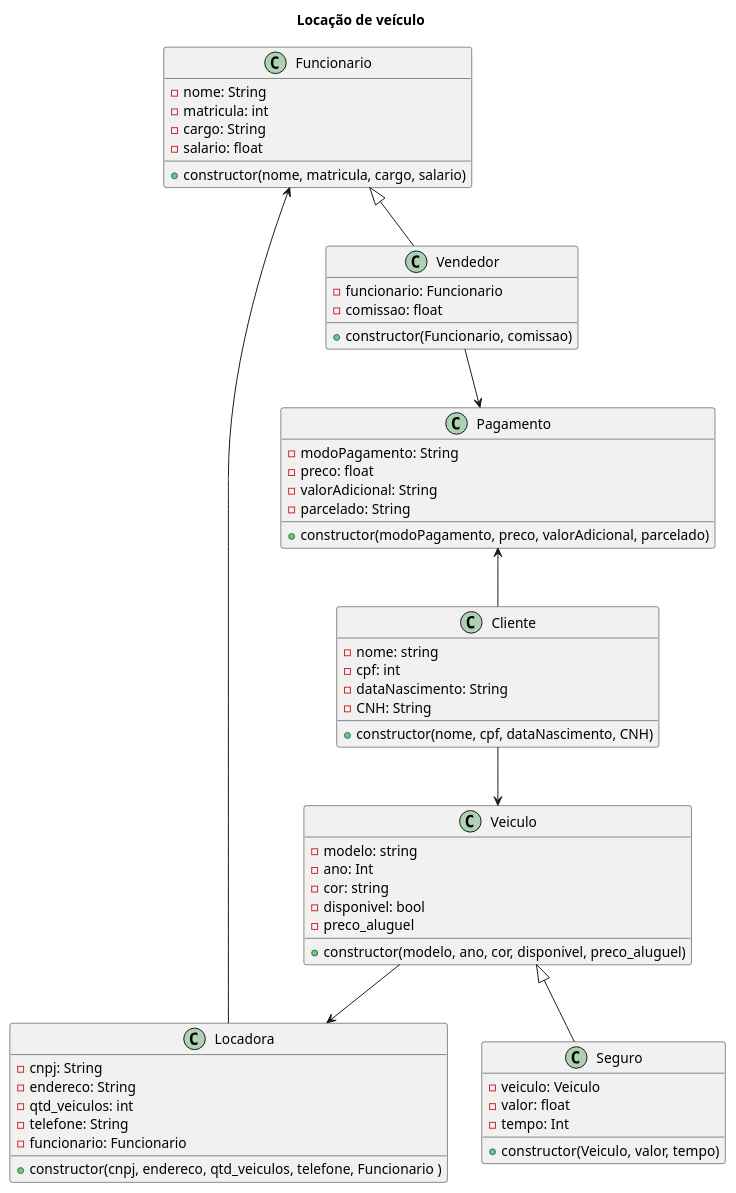
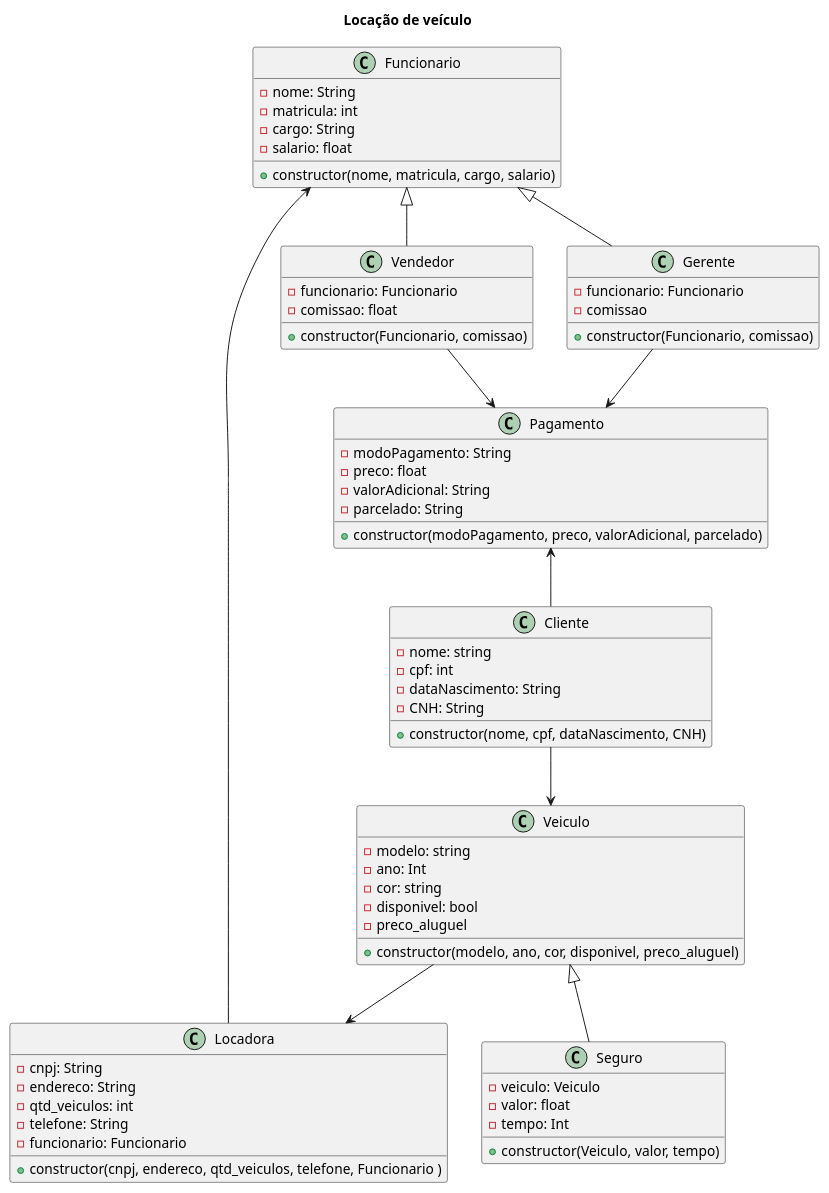
Before and after one commit to anleaes/2022-1-N2-POO-02: the diagram in modelo.plantuml, drawn with PlantUML. The commit also changed 13 other files, not shown here.

```diff
--- a/modelo.plantuml
+++ b/modelo.plantuml
@@ -1,71 +1,79 @@
 @startuml Locacao de veículo
 
 title Locação de veículo
 
 class Cliente{
     - nome: string
     - cpf: int
     - dataNascimento: String
     - CNH: String
     + constructor(nome, cpf, dataNascimento, CNH)
 }
 
 class Veiculo{
     - modelo: string
     - ano: Int
     - cor: string
     - disponivel: bool
     - preco_aluguel
     + constructor(modelo, ano, cor, disponivel, preco_aluguel)
 }
 
 class Pagamento{
     - modoPagamento: String
     - preco: float
     - valorAdicional: String
     - parcelado: String
     + constructor(modoPagamento, preco, valorAdicional, parcelado)
 }
 
 class Locadora{
     - cnpj: String
     - endereco: String
     - qtd_veiculos: int
     - telefone: String
     - funcionario: Funcionario
     + constructor(cnpj, endereco, qtd_veiculos, telefone, Funcionario )
 }
 
 class Funcionario{
     - nome: String
     - matricula: int
     - cargo: String
     - salario: float
     + constructor(nome, matricula, cargo, salario)
 
 }
 
 class Vendedor{
     - funcionario: Funcionario
     - comissao: float
     + constructor(Funcionario, comissao)
 }
 
 class Seguro{
     - veiculo: Veiculo
     - valor: float
     - tempo: Int
     + constructor(Veiculo, valor, tempo)
 }
 
+class Gerente{
+    - funcionario: Funcionario
+    - comissao
+    + constructor(Funcionario, comissao)
+}
+
 Cliente --> Veiculo
 Funcionario <|-- Vendedor
 Veiculo <|-- Seguro
 Veiculo --> Locadora
 Pagamento <-- Cliente
 Funcionario <-- Locadora
 Vendedor --> Pagamento
+Funcionario <|-- Gerente
+Gerente --> Pagamento
 
 
 
 @enduml
```
